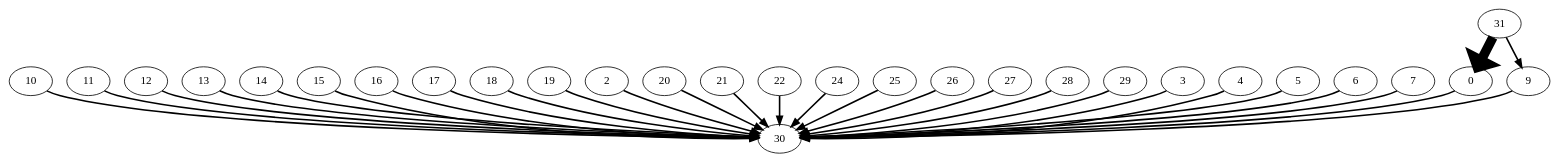
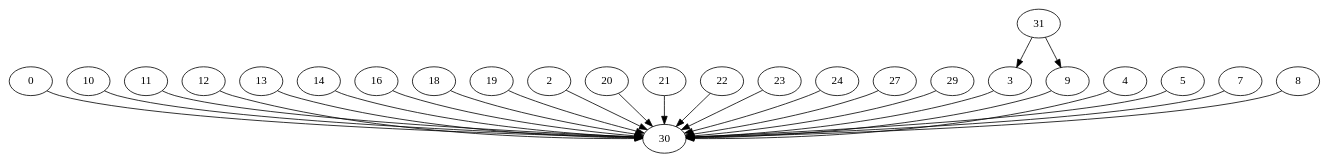
One commit to LostBitset/quiver_se changed the diagram in quiver-gviz/reprdigraph.dot. Above: the diagram before and after it, drawn with Graphviz. The commit also changed 2 other files, not shown here.

Commit message:
Don't add `penwidth` yet. I need to go to bed.

```diff
--- a/quiver-gviz/reprdigraph.dot
+++ b/quiver-gviz/reprdigraph.dot
@@ -1,62 +1,54 @@
 digraph  {
 	
-	n13[label="0"];
-	n11[label="10"];
-	n4[label="11"];
-	n18[label="12"];
-	n29[label="13"];
-	n10[label="14"];
-	n17[label="15"];
-	n9[label="16"];
-	n8[label="17"];
-	n14[label="18"];
-	n28[label="19"];
-	n5[label="2"];
-	n16[label="20"];
-	n15[label="21"];
-	n21[label="22"];
-	n19[label="24"];
-	n20[label="25"];
-	n23[label="26"];
-	n22[label="27"];
-	n6[label="28"];
-	n27[label="29"];
-	n1[label="3"];
+	n14[label="0"];
+	n7[label="10"];
+	n15[label="11"];
+	n10[label="12"];
+	n8[label="13"];
+	n6[label="14"];
+	n25[label="16"];
+	n1[label="18"];
+	n22[label="19"];
+	n20[label="2"];
+	n11[label="20"];
+	n17[label="21"];
+	n23[label="22"];
+	n24[label="23"];
+	n16[label="24"];
+	n13[label="27"];
+	n21[label="29"];
+	n19[label="3"];
 	n2[label="30"];
-	n12[label="31"];
-	n24[label="4"];
-	n25[label="5"];
-	n26[label="6"];
-	n3[label="7"];
-	n7[label="9"];
-	n13->n2[penwidth="2"];
-	n11->n2[penwidth="2"];
-	n4->n2[penwidth="2"];
-	n18->n2[penwidth="2"];
-	n29->n2[penwidth="2"];
-	n10->n2[penwidth="2"];
-	n17->n2[penwidth="2"];
-	n9->n2[penwidth="2"];
-	n8->n2[penwidth="2"];
-	n14->n2[penwidth="2"];
-	n28->n2[penwidth="2"];
-	n5->n2[penwidth="2"];
-	n16->n2[penwidth="2"];
-	n15->n2[penwidth="2"];
-	n21->n2[penwidth="2"];
-	n19->n2[penwidth="2"];
-	n20->n2[penwidth="2"];
-	n23->n2[penwidth="2"];
-	n22->n2[penwidth="2"];
-	n6->n2[penwidth="2"];
-	n27->n2[penwidth="2"];
-	n1->n2[penwidth="2"];
-	n12->n13[penwidth="12"];
-	n12->n7[penwidth="2"];
-	n24->n2[penwidth="2"];
-	n25->n2[penwidth="2"];
-	n26->n2[penwidth="2"];
-	n3->n2[penwidth="2"];
-	n7->n2[penwidth="2"];
+	n18[label="31"];
+	n4[label="4"];
+	n3[label="5"];
+	n9[label="7"];
+	n5[label="8"];
+	n12[label="9"];
+	n14->n2[penwidth="1"];
+	n7->n2[penwidth="1"];
+	n15->n2[penwidth="1"];
+	n10->n2[penwidth="1"];
+	n8->n2[penwidth="1"];
+	n6->n2[penwidth="1"];
+	n25->n2[penwidth="1"];
+	n1->n2[penwidth="1"];
+	n22->n2[penwidth="1"];
+	n20->n2[penwidth="1"];
+	n11->n2[penwidth="1"];
+	n17->n2[penwidth="1"];
+	n23->n2[penwidth="1"];
+	n24->n2[penwidth="1"];
+	n16->n2[penwidth="1"];
+	n13->n2[penwidth="1"];
+	n21->n2[penwidth="1"];
+	n19->n2[penwidth="1"];
+	n18->n12[penwidth="1"];
+	n18->n19[penwidth="1"];
+	n4->n2[penwidth="1"];
+	n3->n2[penwidth="1"];
+	n9->n2[penwidth="1"];
+	n5->n2[penwidth="1"];
+	n12->n2[penwidth="1"];
 	
 }
```
